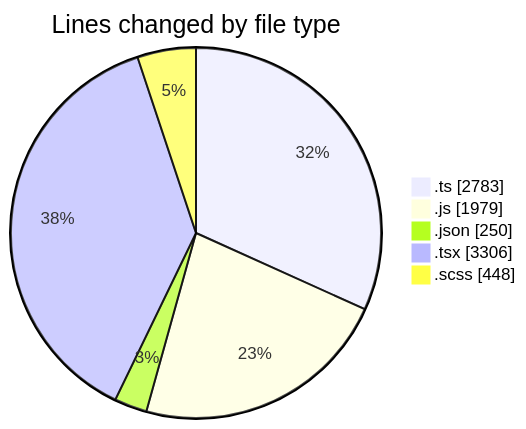
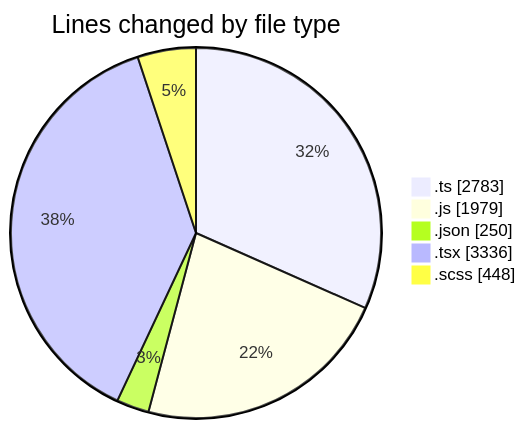
The first of 2 diagrams in 2026-06-18/cda/README.md (momahboobian/code-tracking), drawn with Mermaid before and after one commit. The commit also changed other lines of this file and 1 other file, not shown here.

````diff
--- a/2026-06-18/cda/README.md
+++ b/2026-06-18/cda/README.md
@@ -64,9 +64,9 @@
 ```mermaid
 pie showData
 title Lines changed by file type
 ".ts" : 2783
 ".js" : 1979
 ".json" : 250
-".tsx" : 3306
+".tsx" : 3336
 ".scss" : 448
 ```
````
